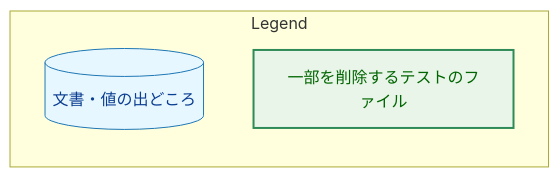
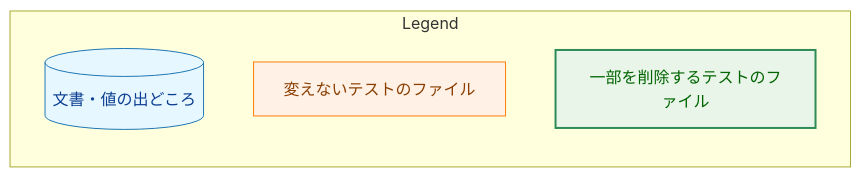
The fourth of 10 diagrams in docs/tasks/0038_doc_test_pruning/02_architecture.md (isseis/yt2column), drawn with Mermaid before and after one commit. The commit also changed other lines of this file and 1 other file, not shown here.

First line of the commit message:
docs(0038): resolve the architecture review findings

````diff
--- a/docs/tasks/0038_doc_test_pruning/02_architecture.md
+++ b/docs/tasks/0038_doc_test_pruning/02_architecture.md
@@ -158,13 +178,16 @@
 ```mermaid
 flowchart LR
     classDef data fill:#e6f7ff,stroke:#1f77b4,stroke-width:1px,color:#0b3d91;
+    classDef process fill:#fff1e6,stroke:#ff7f0e,stroke-width:1px,color:#8a3e00;
     classDef enhanced fill:#e8f5e8,stroke:#2e8b57,stroke-width:2px,color:#006400;
 
     subgraph Legend["Legend"]
         L1[("文書・値の出どころ")]
-        L2["一部を削除するテストのファイル"]
+        L2["変えないテストのファイル"]
+        L3["一部を削除するテストのファイル"]
     end
 
     class L1 data
-    class L2 enhanced
+    class L2 process
+    class L3 enhanced
 ```
````
